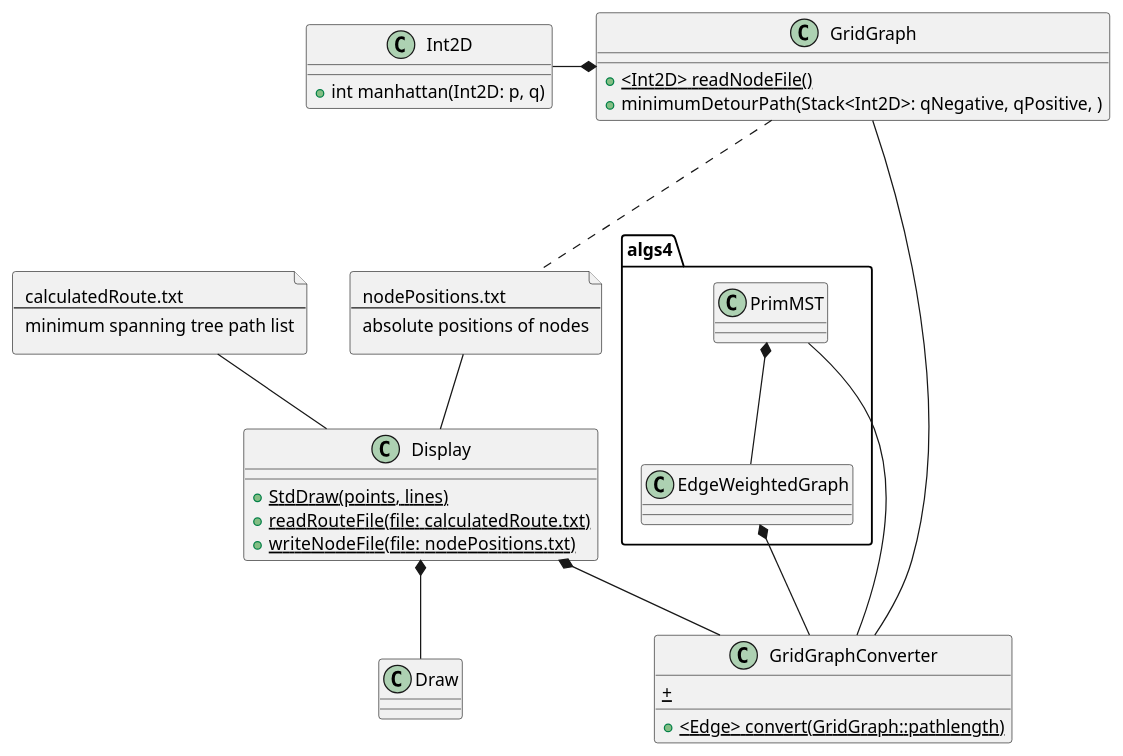
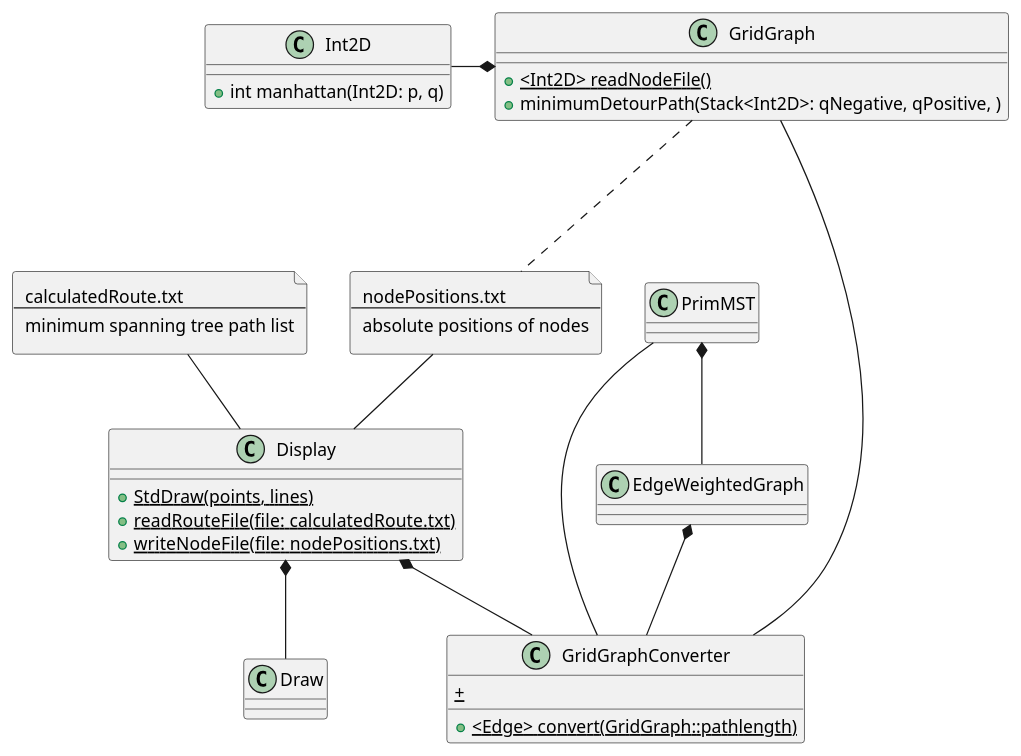
The diagram in src/docs/relationships.puml (agnuleaf/Final_Project-git), drawn with PlantUML before and after one commit. The commit also changed 3 other files, not shown here.

Commit message:
accidentally broken  attempted to create a Grid class that does not use static methods for the grid-graph operations. Something is wrong with the grid to graph indexing.

```diff
--- a/src/docs/relationships.puml
+++ b/src/docs/relationships.puml
@@ -1,49 +1,44 @@
 @startuml
 'https://plantuml.com/class-diagram
-package algs4 {
-     class PrimMST {
-     }
-    class EdgeWeightedGraph {
-    }
-}
+
 class Display {
     + {static}StdDraw(points, lines)
     + {static}readRouteFile(file:  calculatedRoute.txt)
     + {static}writeNodeFile(file:  nodePositions.txt)
 }
 class GridGraphConverter {
     + {static} <Edge> convert(GridGraph::pathlength)
     + {static}
 }
 
 class Int2D{
     +int manhattan(Int2D: p, q)
 }
 Int2D -* GridGraph
 class GridGraph {
     + {static} <Int2D> readNodeFile()
     + minimumDetourPath(Stack<Int2D>: qNegative, qPositive, )
 }
 
 file Route as "
     calculatedRoute.txt
     ---
     minimum spanning tree path list
 "
 file NodeList as "
     nodePositions.txt
     --
     absolute positions of nodes
 "
 Route -- Display
 NodeList -- Display
 ' Relationships
 '*-- is Composition ('has a' - relationship)
 GridGraph .-. NodeList
 PrimMST *-- EdgeWeightedGraph
 GridGraph -- GridGraphConverter
 Display *--   GridGraphConverter
 Display *-- Draw
 EdgeWeightedGraph *-- GridGraphConverter
 PrimMST -- GridGraphConverter
 @enduml
```
